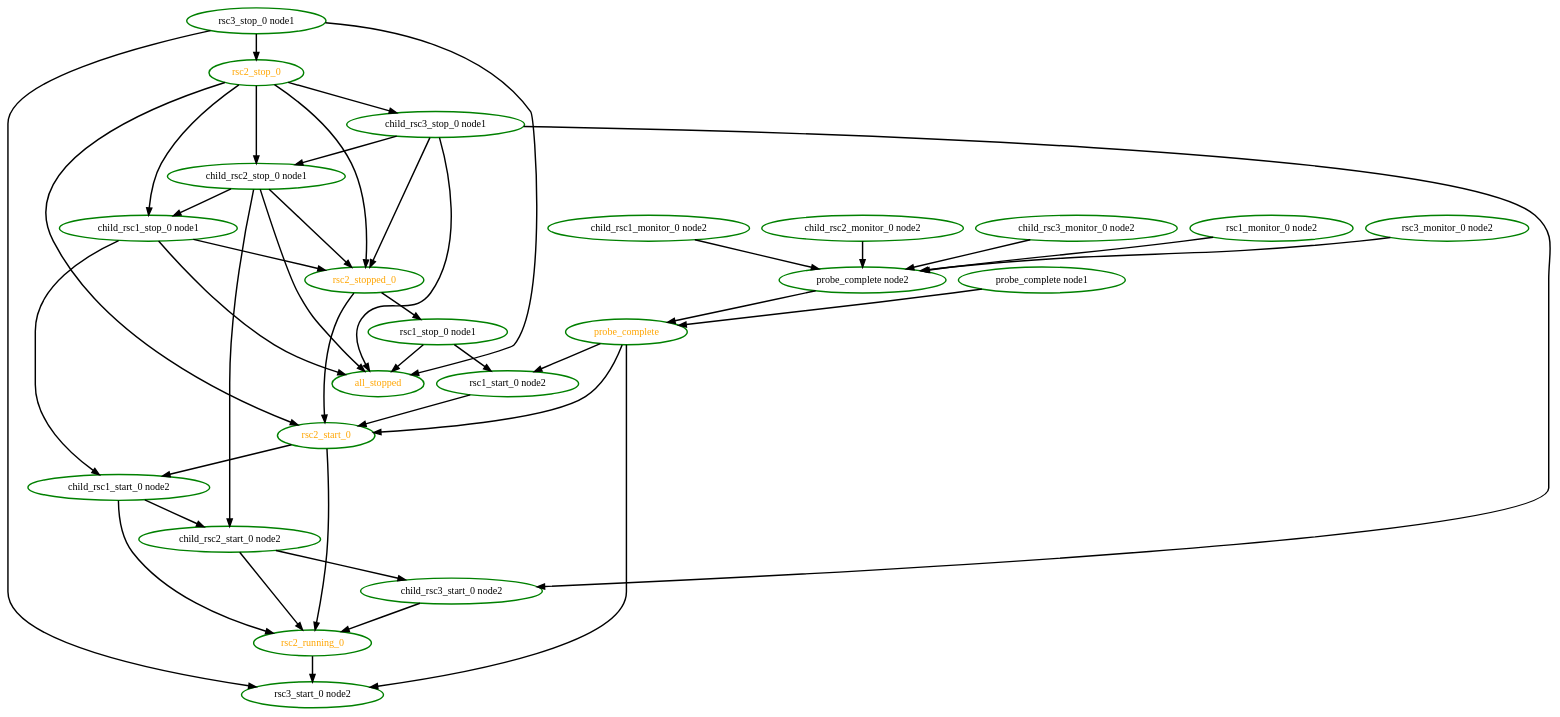
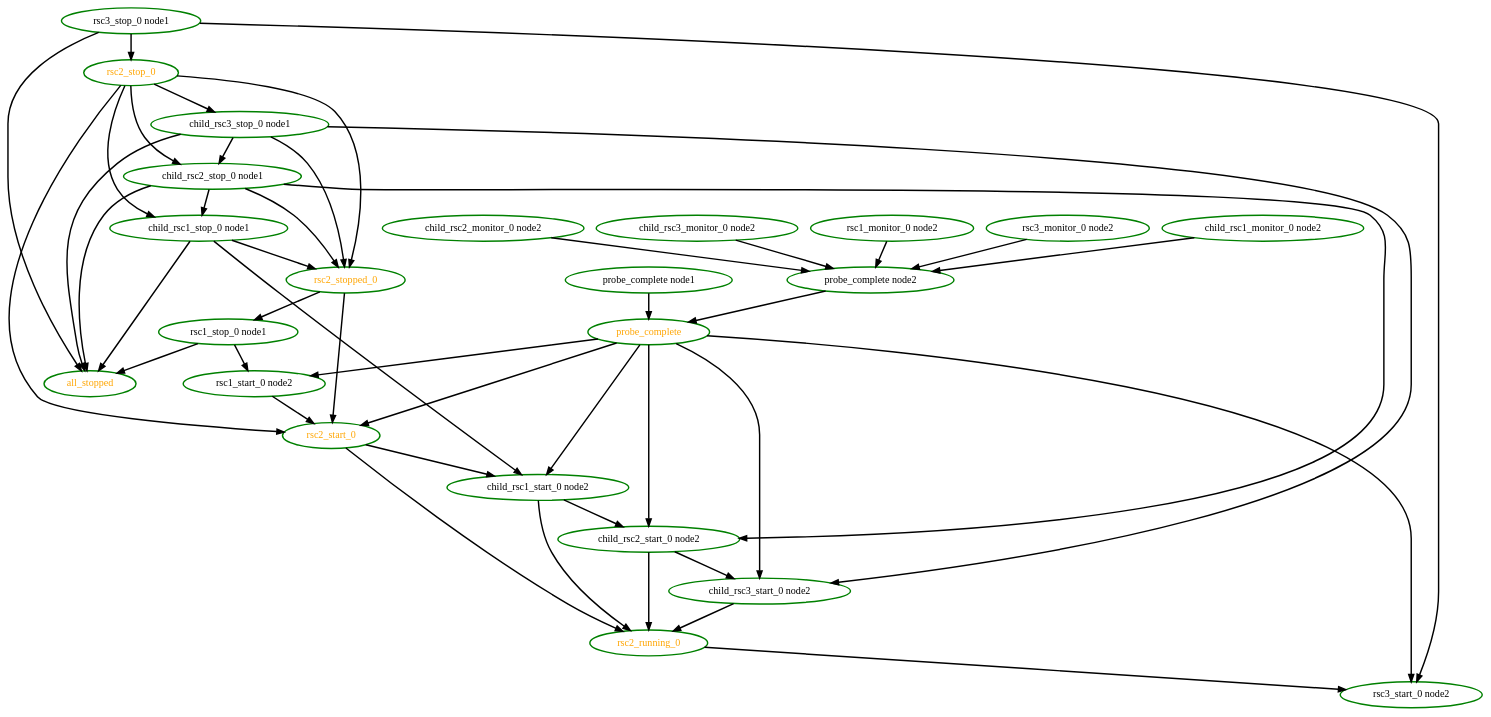
Before and after one commit to linux-ha-japan/pm_diskd: the diagram in pengine/testcases/group5.dot, drawn with Graphviz. The commit also changed 57 other files, not shown here.

```diff
--- a/pengine/testcases/group5.dot
+++ b/pengine/testcases/group5.dot
@@ -1,67 +1,70 @@
  digraph "g" {
 "all_stopped" [ style=bold color="green" fontcolor="orange"  ]
 "child_rsc1_monitor_0 node2" -> "probe_complete node2" [ style = bold]
 "child_rsc1_monitor_0 node2" [ style=bold color="green" fontcolor="black" ]
 "child_rsc1_start_0 node2" -> "child_rsc2_start_0 node2" [ style = bold]
 "child_rsc1_start_0 node2" -> "rsc2_running_0" [ style = bold]
 "child_rsc1_start_0 node2" [ style=bold color="green" fontcolor="black" ]
 "child_rsc1_stop_0 node1" -> "all_stopped" [ style = bold]
 "child_rsc1_stop_0 node1" -> "child_rsc1_start_0 node2" [ style = bold]
 "child_rsc1_stop_0 node1" -> "rsc2_stopped_0" [ style = bold]
 "child_rsc1_stop_0 node1" [ style=bold color="green" fontcolor="black" ]
 "child_rsc2_monitor_0 node2" -> "probe_complete node2" [ style = bold]
 "child_rsc2_monitor_0 node2" [ style=bold color="green" fontcolor="black" ]
 "child_rsc2_start_0 node2" -> "child_rsc3_start_0 node2" [ style = bold]
 "child_rsc2_start_0 node2" -> "rsc2_running_0" [ style = bold]
 "child_rsc2_start_0 node2" [ style=bold color="green" fontcolor="black" ]
 "child_rsc2_stop_0 node1" -> "all_stopped" [ style = bold]
 "child_rsc2_stop_0 node1" -> "child_rsc1_stop_0 node1" [ style = bold]
 "child_rsc2_stop_0 node1" -> "child_rsc2_start_0 node2" [ style = bold]
 "child_rsc2_stop_0 node1" -> "rsc2_stopped_0" [ style = bold]
 "child_rsc2_stop_0 node1" [ style=bold color="green" fontcolor="black" ]
 "child_rsc3_monitor_0 node2" -> "probe_complete node2" [ style = bold]
 "child_rsc3_monitor_0 node2" [ style=bold color="green" fontcolor="black" ]
 "child_rsc3_start_0 node2" -> "rsc2_running_0" [ style = bold]
 "child_rsc3_start_0 node2" [ style=bold color="green" fontcolor="black" ]
 "child_rsc3_stop_0 node1" -> "all_stopped" [ style = bold]
 "child_rsc3_stop_0 node1" -> "child_rsc2_stop_0 node1" [ style = bold]
 "child_rsc3_stop_0 node1" -> "child_rsc3_start_0 node2" [ style = bold]
 "child_rsc3_stop_0 node1" -> "rsc2_stopped_0" [ style = bold]
 "child_rsc3_stop_0 node1" [ style=bold color="green" fontcolor="black" ]
 "probe_complete node1" -> "probe_complete" [ style = bold]
 "probe_complete node1" [ style=bold color="green" fontcolor="black" ]
 "probe_complete node2" -> "probe_complete" [ style = bold]
 "probe_complete node2" [ style=bold color="green" fontcolor="black" ]
+"probe_complete" -> "child_rsc1_start_0 node2" [ style = bold]
+"probe_complete" -> "child_rsc2_start_0 node2" [ style = bold]
+"probe_complete" -> "child_rsc3_start_0 node2" [ style = bold]
 "probe_complete" -> "rsc1_start_0 node2" [ style = bold]
 "probe_complete" -> "rsc2_start_0" [ style = bold]
 "probe_complete" -> "rsc3_start_0 node2" [ style = bold]
 "probe_complete" [ style=bold color="green" fontcolor="orange" ]
 "rsc1_monitor_0 node2" -> "probe_complete node2" [ style = bold]
 "rsc1_monitor_0 node2" [ style=bold color="green" fontcolor="black" ]
 "rsc1_start_0 node2" -> "rsc2_start_0" [ style = bold]
 "rsc1_start_0 node2" [ style=bold color="green" fontcolor="black" ]
 "rsc1_stop_0 node1" -> "all_stopped" [ style = bold]
 "rsc1_stop_0 node1" -> "rsc1_start_0 node2" [ style = bold]
 "rsc1_stop_0 node1" [ style=bold color="green" fontcolor="black" ]
 "rsc2_running_0" -> "rsc3_start_0 node2" [ style = bold]
 "rsc2_running_0" [ style=bold color="green" fontcolor="orange" ]
 "rsc2_start_0" -> "child_rsc1_start_0 node2" [ style = bold]
 "rsc2_start_0" -> "rsc2_running_0" [ style = bold]
 "rsc2_start_0" [ style=bold color="green" fontcolor="orange" ]
 "rsc2_stop_0" -> "child_rsc1_stop_0 node1" [ style = bold]
 "rsc2_stop_0" -> "child_rsc2_stop_0 node1" [ style = bold]
 "rsc2_stop_0" -> "child_rsc3_stop_0 node1" [ style = bold]
 "rsc2_stop_0" -> "rsc2_start_0" [ style = bold]
 "rsc2_stop_0" -> "rsc2_stopped_0" [ style = bold]
 "rsc2_stop_0" [ style=bold color="green" fontcolor="orange" ]
 "rsc2_stopped_0" -> "rsc1_stop_0 node1" [ style = bold]
 "rsc2_stopped_0" -> "rsc2_start_0" [ style = bold]
 "rsc2_stopped_0" [ style=bold color="green" fontcolor="orange" ]
 "rsc3_monitor_0 node2" -> "probe_complete node2" [ style = bold]
 "rsc3_monitor_0 node2" [ style=bold color="green" fontcolor="black" ]
 "rsc3_start_0 node2" [ style=bold color="green" fontcolor="black" ]
 "rsc3_stop_0 node1" -> "all_stopped" [ style = bold]
 "rsc3_stop_0 node1" -> "rsc2_stop_0" [ style = bold]
 "rsc3_stop_0 node1" -> "rsc3_start_0 node2" [ style = bold]
 "rsc3_stop_0 node1" [ style=bold color="green" fontcolor="black" ]
 }
```
